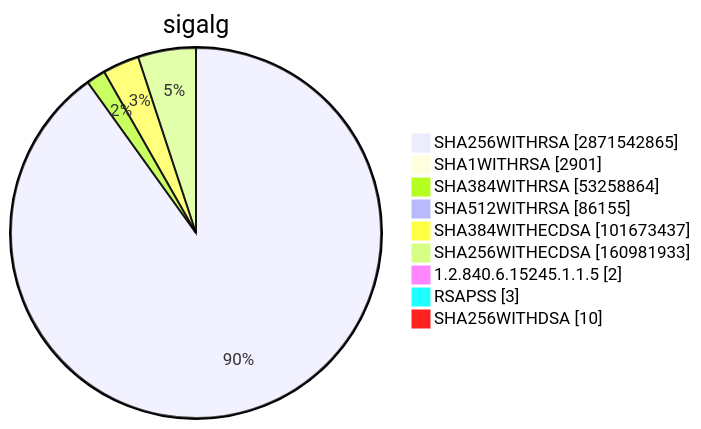
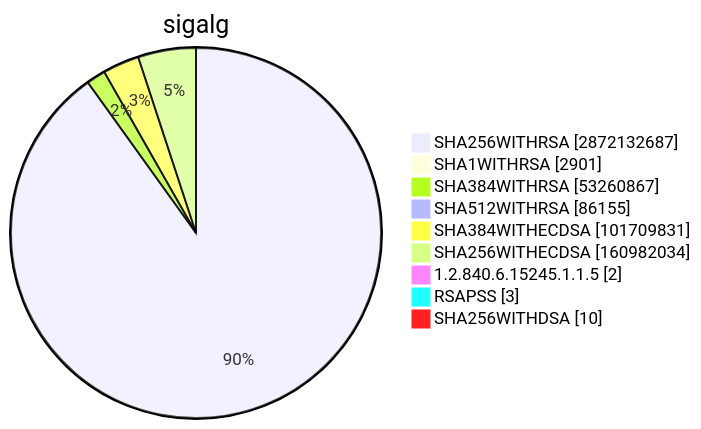
One commit to christiankrug/ctmonitor_visualization changed diagram 15 of 15 in TOTAL/README.md. Above: the diagram before and after it, drawn with Mermaid. The commit also changed other lines of this file, not shown here.

````diff
--- a/TOTAL/README.md
+++ b/TOTAL/README.md
@@ -6207,13 +6207,13 @@
 ```mermaid
 pie showData
 title sigalg
-"SHA256WITHRSA" :2871542865
+"SHA256WITHRSA" :2872132687
 "SHA1WITHRSA" :2901
-"SHA384WITHRSA" :53258864
+"SHA384WITHRSA" :53260867
 "SHA512WITHRSA" :86155
-"SHA384WITHECDSA" :101673437
-"SHA256WITHECDSA" :160981933
+"SHA384WITHECDSA" :101709831
+"SHA256WITHECDSA" :160982034
 "1.2.840.6.15245.1.1.5" :2
 "RSAPSS" :3
 "SHA256WITHDSA" :10
 ```
````
